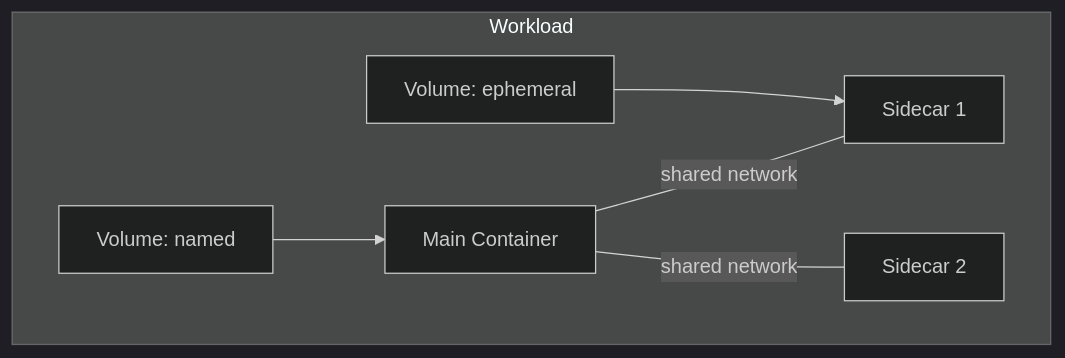
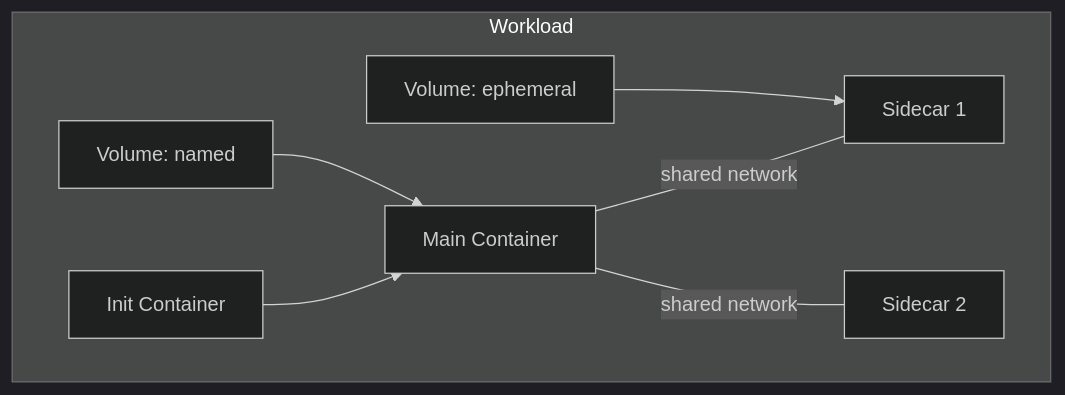
Before and after one commit to agynio/architecture: the diagram in architecture/runner.md, drawn with Mermaid (dark theme). The commit also changed other lines of this file and 10 other files, not shown here.

````diff
--- a/architecture/runner.md
+++ b/architecture/runner.md
@@ -60,15 +60,17 @@
 ```mermaid
 graph TB
     subgraph Workload
+        Init[Init Container]
         Main[Main Container]
         S1[Sidecar 1]
         S2[Sidecar 2]
         V1[Volume: named]
         V2[Volume: ephemeral]
     end
 
+    Init --> Main
     Main ---|shared network| S1
     Main ---|shared network| S2
     V1 --> Main
     V2 --> S1
 ```
````
